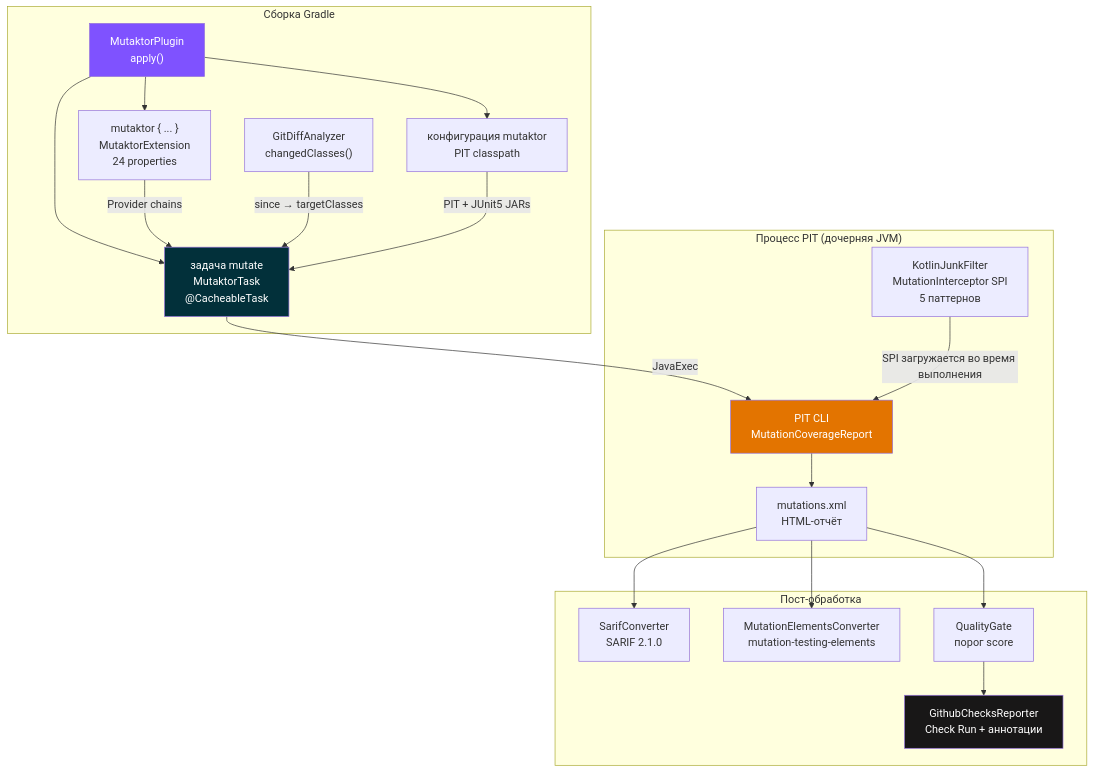
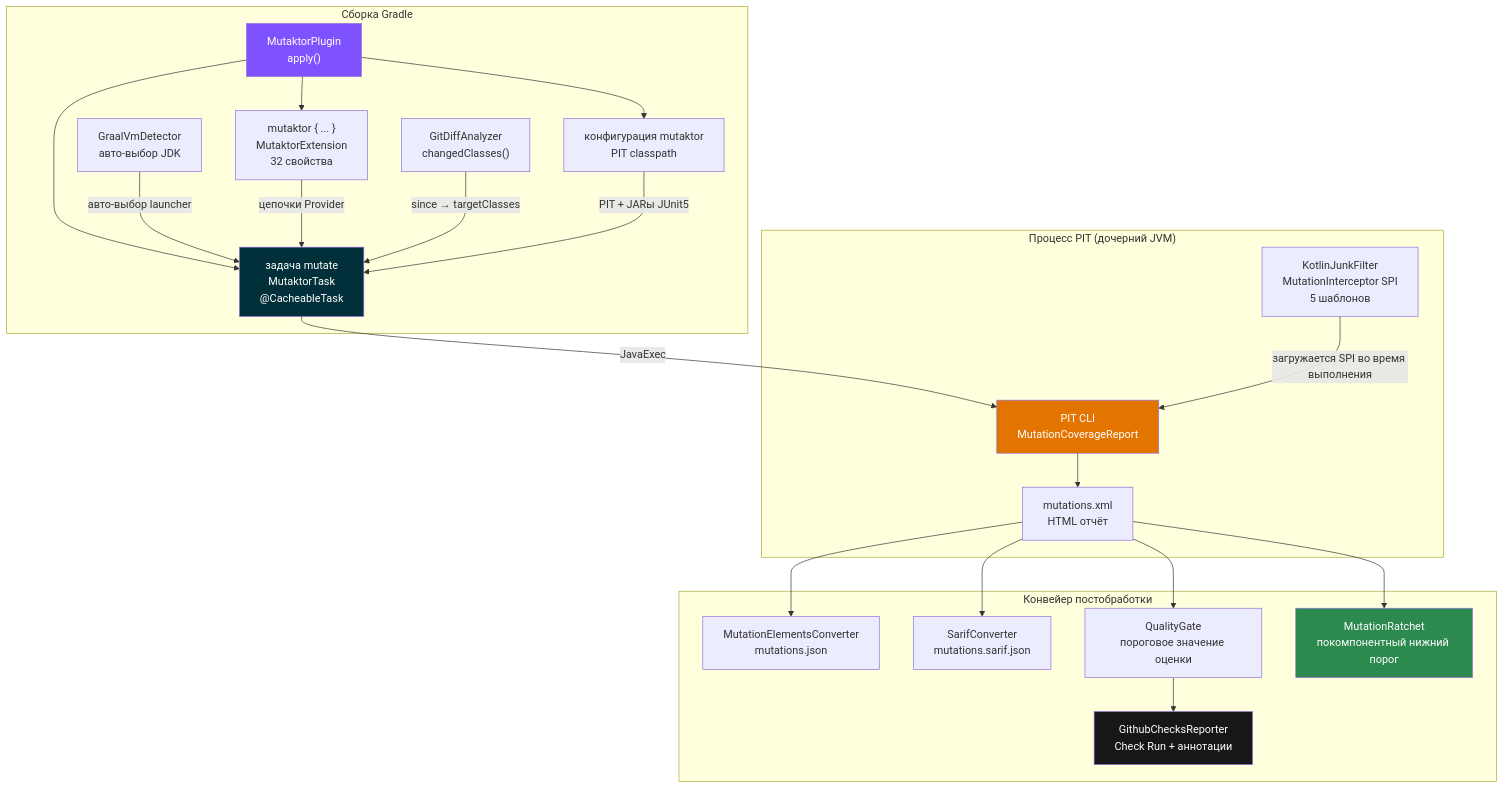
The second of 2 diagrams in docs/ru/README.md (ioplane/mutaktor), drawn with Mermaid before and after one commit. The commit also changed other lines of this file and 13 other files, not shown here.

````diff
--- a/docs/ru/README.md
+++ b/docs/ru/README.md
@@ -113,42 +190,47 @@
 ```mermaid
 graph TB
     subgraph "Сборка Gradle"
         PLG["MutaktorPlugin\napply()"]
-        EXT["mutaktor { ... }\nMutaktorExtension\n24 properties"]
+        EXT["mutaktor { ... }\nMutaktorExtension\n32 свойства"]
         TSK["задача mutate\nMutaktorTask\n@CacheableTask"]
         GIT["GitDiffAnalyzer\nchangedClasses()"]
+        GVM["GraalVmDetector\nавто-выбор JDK"]
         CFG["конфигурация mutaktor\nPIT classpath"]
     end
 
-    subgraph "Процесс PIT (дочерняя JVM)"
+    subgraph "Процесс PIT (дочерний JVM)"
         PIT["PIT CLI\nMutationCoverageReport"]
-        FLT["KotlinJunkFilter\nMutationInterceptor SPI\n5 паттернов"]
-        RPT["mutations.xml\nHTML-отчёт"]
+        FLT["KotlinJunkFilter\nMutationInterceptor SPI\n5 шаблонов"]
+        RPT["mutations.xml\nHTML отчёт"]
     end
 
-    subgraph "Пост-обработка"
-        SAR["SarifConverter\nSARIF 2.1.0"]
-        JSON["MutationElementsConverter\nmutation-testing-elements"]
-        QG["QualityGate\nпорог score"]
+    subgraph "Конвейер постобработки"
+        JSON["MutationElementsConverter\nmutations.json"]
+        SAR["SarifConverter\nmutations.sarif.json"]
+        QG["QualityGate\nпороговое значение оценки"]
+        RAT["MutationRatchet\nпокомпонентный нижний порог"]
         GH["GithubChecksReporter\nCheck Run + аннотации"]
     end
 
     PLG --> EXT
     PLG --> TSK
     PLG --> CFG
-    EXT -->|"Provider chains"| TSK
+    GVM -->|"авто-выбор launcher"| TSK
+    EXT -->|"цепочки Provider"| TSK
     GIT -->|"since → targetClasses"| TSK
-    CFG -->|"PIT + JUnit5 JARs"| TSK
+    CFG -->|"PIT + JARы JUnit5"| TSK
     TSK -->|"JavaExec"| PIT
-    FLT -->|"SPI загружается во время выполнения"| PIT
+    FLT -->|"загружается SPI во время выполнения"| PIT
     PIT --> RPT
+    RPT --> JSON
     RPT --> SAR
-    RPT --> JSON
     RPT --> QG
+    RPT --> RAT
     QG --> GH
 
     style PLG fill:#7F52FF,color:#fff
     style TSK fill:#02303A,color:#fff
     style PIT fill:#e37400,color:#fff
     style GH fill:#181717,color:#fff
+    style RAT fill:#2d8a4e,color:#fff
 ```
````
